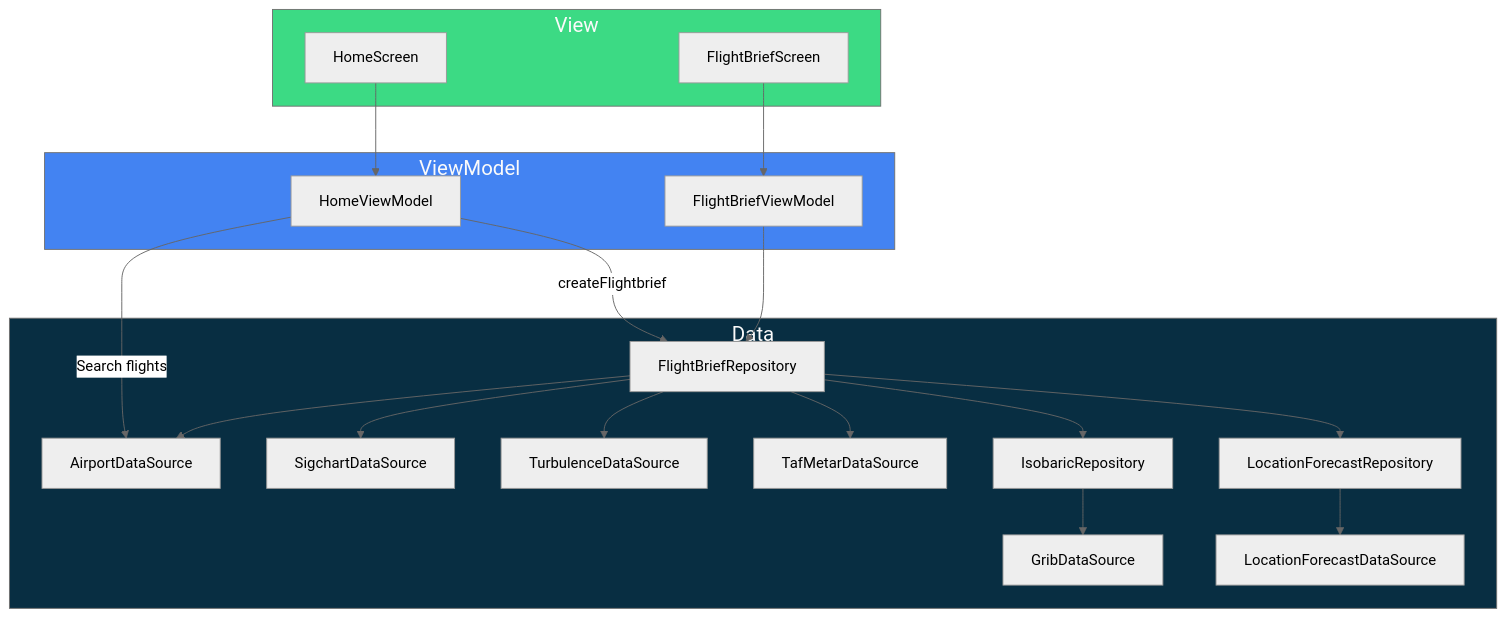
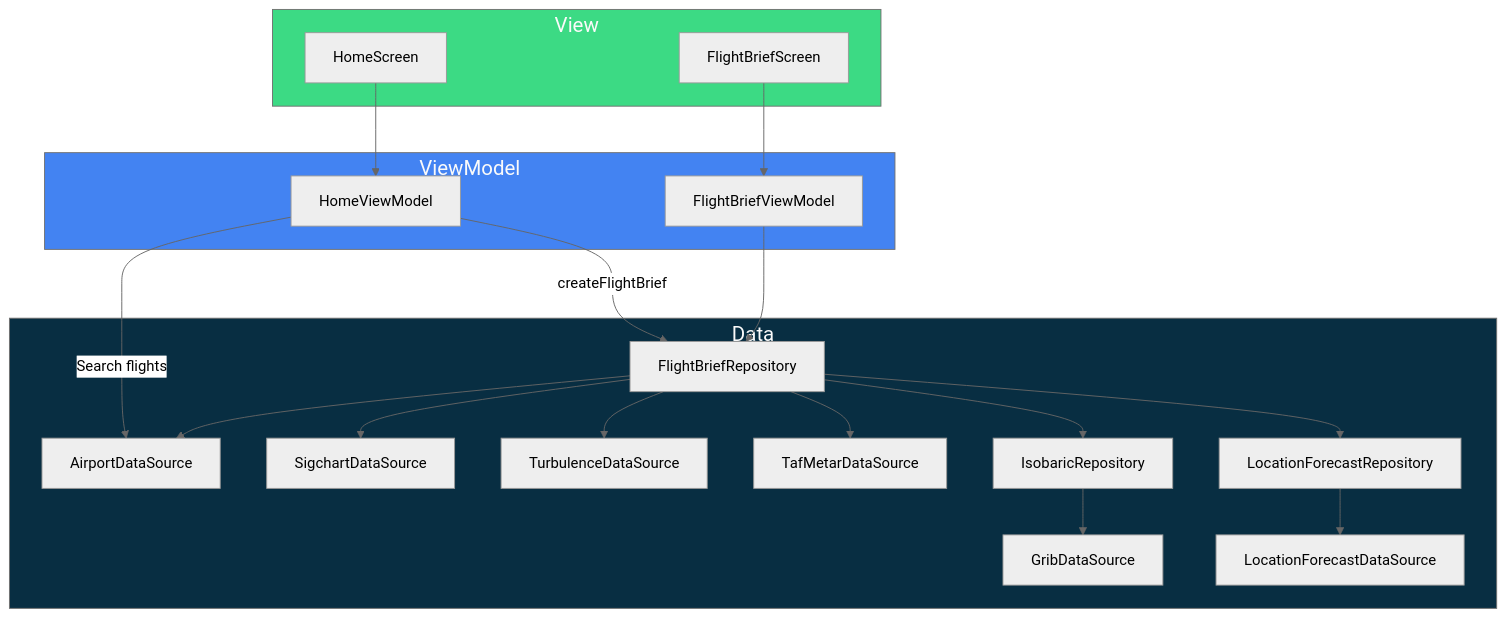
The diagram in docs/arkitekturskisseMVP.md (gjermundmyrvang/airborn), drawn with Mermaid (neutral theme) before and after one commit. The commit also changed 16 other files, not shown here.

Commit message:
rename Flightbrief to FlightBrief (with capital B)

````diff
--- a/docs/arkitekturskisseMVP.md
+++ b/docs/arkitekturskisseMVP.md
@@ -1,63 +1,63 @@
 ```mermaid
 graph TD
     viewHome[HomeScreen]
     viewFlight[FlightBriefScreen]
     viewModelHome[HomeViewModel]
     viewModelFlight[FlightBriefViewModel]
     flightRepo[FlightBriefRepository]
     dataAirport[AirportDataSource]
     dataSigchart[SigchartDataSource]
     dataTurbulence[TurbulenceDataSource]
     dataMetarTaf[TafMetarDataSource]
     dataIsobaricGrib[GribDataSource]
     isobaricRepo[IsobaricRepository]
     dataForecast[LocationForecastDataSource]
     forecastRepo[LocationForecastRepository]
 
     subgraph view[View]
         viewHome
         viewFlight
     end
 
     subgraph viewmodel[ViewModel]
         viewModelHome
         viewModelFlight
     end
 
     subgraph data[Data]
         flightRepo
         isobaricRepo
         dataAirport
         dataSigchart
         dataTurbulence
         dataMetarTaf
         dataIsobaricGrib
         dataForecast
         forecastRepo
     end
 
     viewHome --> viewModelHome
     viewFlight --> viewModelFlight
     viewModelHome -->|Search flights| dataAirport
-    viewModelHome -->|createFlightbrief| flightRepo
+    viewModelHome -->|createFlightBrief| flightRepo
     viewModelFlight --> flightRepo
     flightRepo --> dataAirport
     flightRepo --> dataSigchart
     flightRepo --> dataTurbulence
     flightRepo --> dataMetarTaf
     flightRepo --> isobaricRepo
     flightRepo --> forecastRepo
     isobaricRepo --> dataIsobaricGrib
     forecastRepo --> dataForecast
     classDef viewColor fill: #3CDA84
     classDef viewModelColor fill: #4383F2
     classDef dataColor fill: #082E42
     classDef title font-size: 22px, color: #FAFAFA
     class view title
     class viewmodel title
     class data title
     class data paddingData
     class view viewColor
     class viewmodel viewModelColor
     class data dataColor
 ```
````
